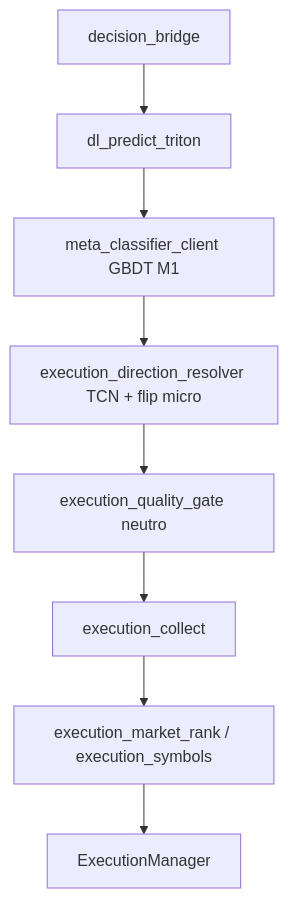
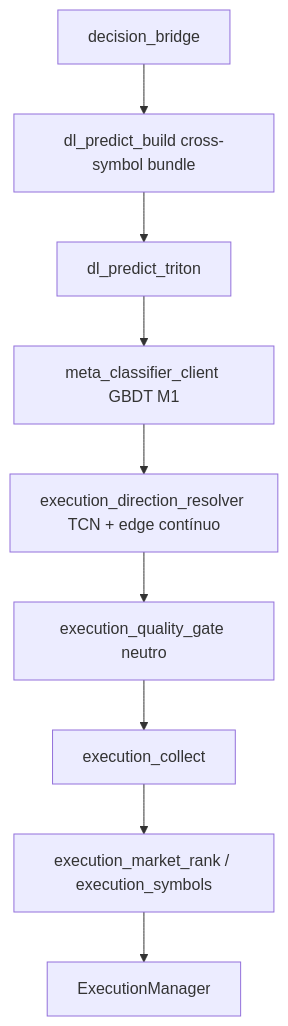
Before and after one commit to victorh-silveira/aether-quantum-engine: the diagram in docs/structure.md, drawn with Mermaid. The commit also changed other lines of this file and 53 other files, not shown here.

````diff
--- a/docs/structure.md
+++ b/docs/structure.md
@@ -60,10 +60,11 @@
 ```mermaid
 flowchart TD
-  BR[decision_bridge] --> PRED[dl_predict_triton]
+  BR[decision_bridge] --> BUNDLE[dl_predict_build cross-symbol bundle]
+  BUNDLE --> PRED[dl_predict_triton]
   PRED --> META[meta_classifier_client GBDT M1]
-  META --> RES[execution_direction_resolver TCN + flip micro]
+  META --> RES[execution_direction_resolver TCN + edge contínuo]
   RES --> QG[execution_quality_gate neutro]
   QG --> COL[execution_collect]
   COL --> RANK[execution_market_rank / execution_symbols]
   RANK --> EM[ExecutionManager]
 ```
````
